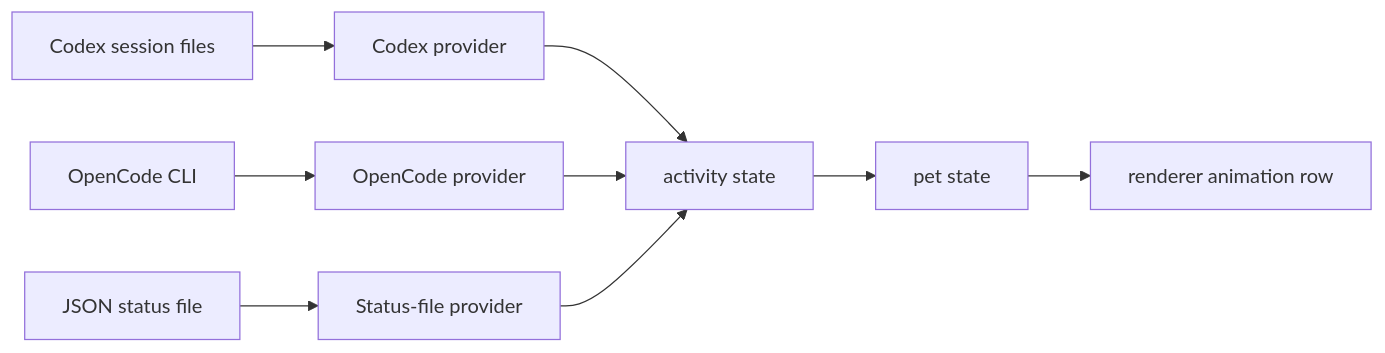
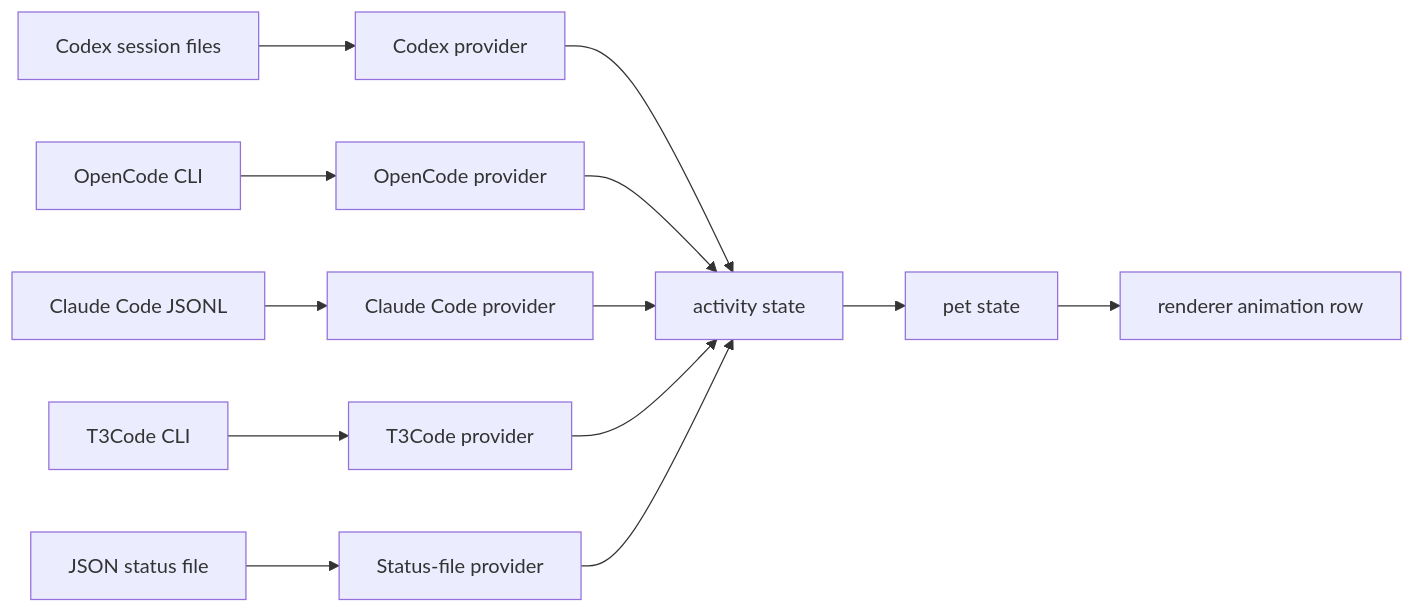
Before and after one commit to ifBars/agent-pets: the diagram in docs/architecture.md, drawn with Mermaid. The commit also changed other lines of this file and 29 other files, not shown here.

````diff
--- a/docs/architecture.md
+++ b/docs/architecture.md
@@ -89,11 +100,15 @@
 ```mermaid
 flowchart LR
   A["Codex session files"] --> B["Codex provider"]
   F["OpenCode CLI"] --> G["OpenCode provider"]
+  J["Claude Code JSONL"] --> K["Claude Code provider"]
+  L["T3Code CLI"] --> M["T3Code provider"]
   H["JSON status file"] --> I["Status-file provider"]
   B --> C["activity state"]
   G --> C
+  K --> C
+  M --> C
   I --> C
   C --> D["pet state"]
   D --> E["renderer animation row"]
 ```
````
